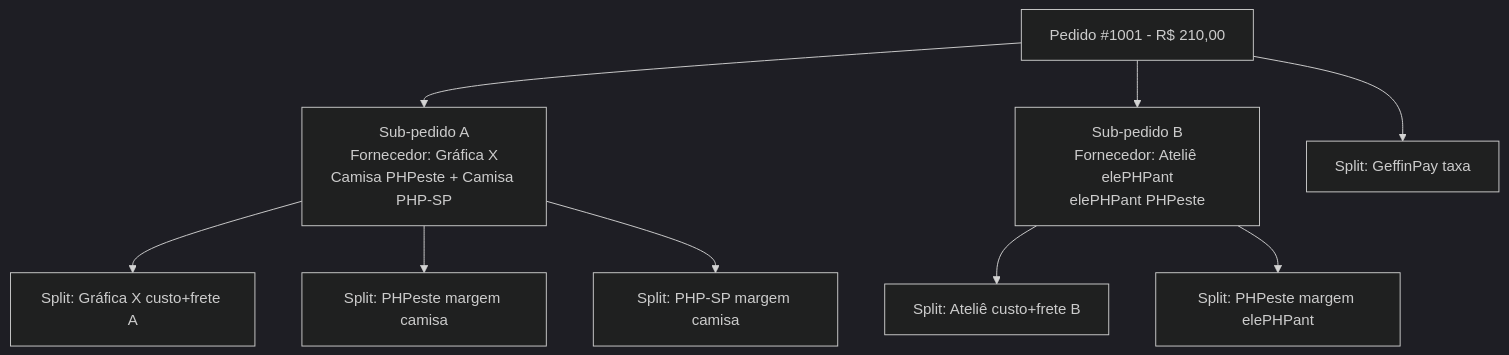
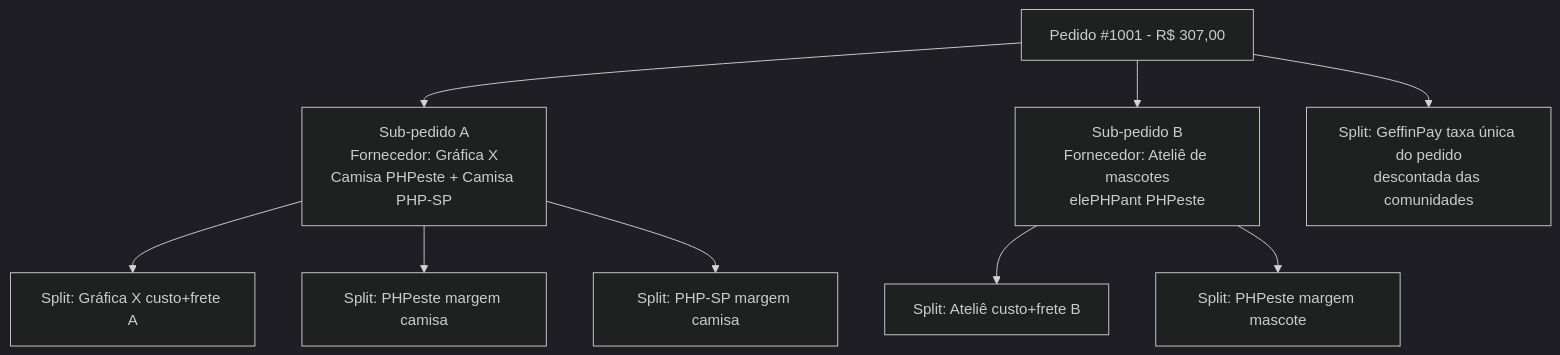
Before and after one commit to BdsOliveira/loja-tech-brasil: the fourth of 23 diagrams in modelo-de-negocios.md, drawn with Mermaid (dark theme). The commit also changed other lines of this file, not shown here.

````diff
--- a/modelo-de-negocios.md
+++ b/modelo-de-negocios.md
@@ -182,11 +272,11 @@
 ```mermaid
 flowchart TB
-    P[Pedido #1001 - R$ 210,00] --> SP1[Sub-pedido A<br/>Fornecedor: Gráfica X<br/>Camisa PHPeste + Camisa PHP-SP]
-    P --> SP2[Sub-pedido B<br/>Fornecedor: Ateliê elePHPant<br/>elePHPant PHPeste]
+    P[Pedido #1001 - R$ 307,00] --> SP1[Sub-pedido A<br/>Fornecedor: Gráfica X<br/>Camisa PHPeste + Camisa PHP-SP]
+    P --> SP2[Sub-pedido B<br/>Fornecedor: Ateliê de mascotes<br/>elePHPant PHPeste]
     SP1 --> S1[Split: Gráfica X custo+frete A]
     SP1 --> S2[Split: PHPeste margem camisa]
     SP1 --> S3[Split: PHP-SP margem camisa]
     SP2 --> S4[Split: Ateliê custo+frete B]
-    SP2 --> S5[Split: PHPeste margem elePHPant]
-    P --> S6[Split: GeffinPay taxa]
+    SP2 --> S5[Split: PHPeste margem mascote]
+    P --> S6[Split: GeffinPay taxa única do pedido<br/>descontada das comunidades]
 ```
````
